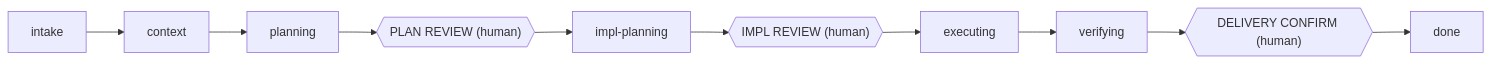
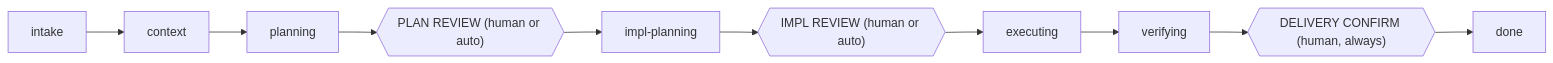
The diagram in README.md (hakkasuru/morpheus-os), drawn with Mermaid before and after one commit. The commit also changed other lines of this file and 9 other files, not shown here.

First line of the commit message:
[scaffold] plan-review subagent: confidence-scored gates with opt-in auto-approval

````diff
--- a/README.md
+++ b/README.md
@@ -27,10 +27,10 @@
 ```mermaid
 flowchart LR
     intake --> context --> planning
-    planning --> plan_review{{"PLAN REVIEW (human)"}}
+    planning --> plan_review{{"PLAN REVIEW (human or auto)"}}
     plan_review --> impl_planning["impl-planning"]
-    impl_planning --> impl_review{{"IMPL REVIEW (human)"}}
+    impl_planning --> impl_review{{"IMPL REVIEW (human or auto)"}}
     impl_review --> executing --> verifying
-    verifying --> delivery_confirm{{"DELIVERY CONFIRM (human)"}}
+    verifying --> delivery_confirm{{"DELIVERY CONFIRM (human, always)"}}
     delivery_confirm --> done
 ```
````
